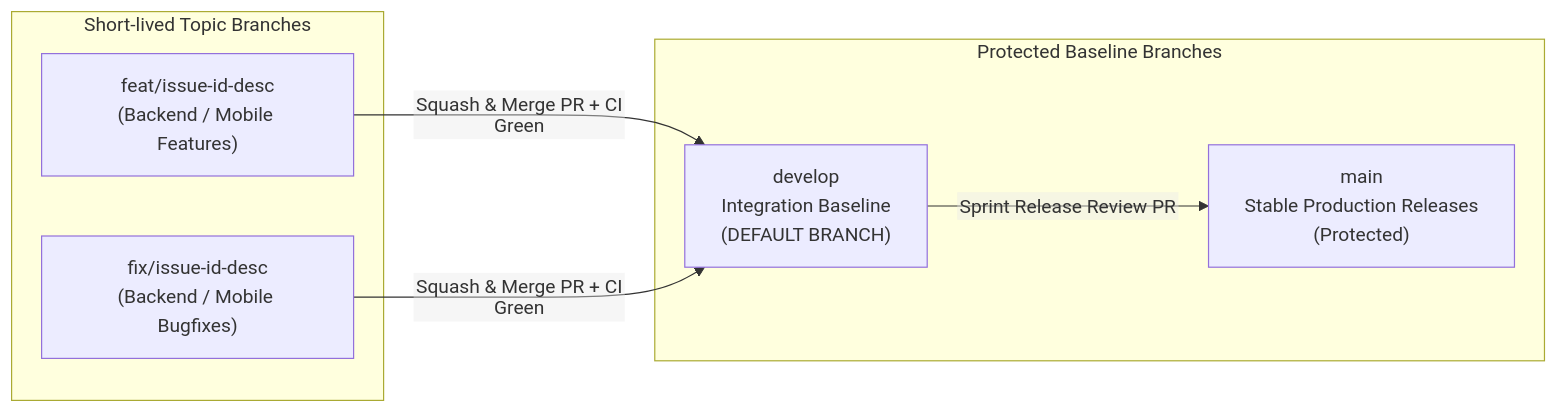
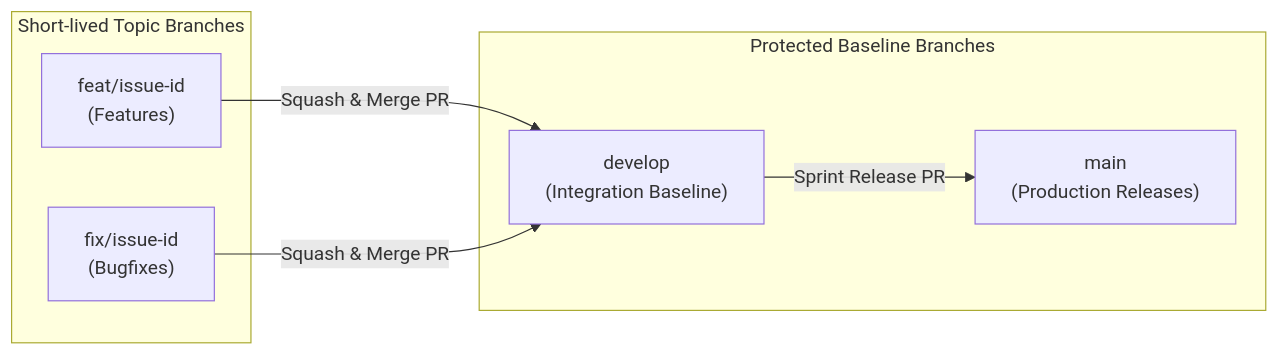
Before and after one commit to Varian08/smart-local-planner: the third of 3 diagrams in README.md, drawn with Mermaid. The commit also changed other lines of this file and 4 other files, not shown here.

Commit message:
docs: standardize enterprise architecture diagrams and decouple node details into structured markdown tables

````diff
--- a/README.md
+++ b/README.md
@@ -240,17 +252,16 @@
 ```mermaid
-%%{init: {'flowchart': {'htmlLabels': false}}}%%
 flowchart LR
     subgraph ProtectedBases ["Protected Baseline Branches"]
-        Main["main<br/>Stable Production Releases<br/>(Protected)"]
-        Develop["develop<br/>Integration Baseline<br/>(DEFAULT BRANCH)"]
+        Main["main<br/>(Production Releases)"]
+        Develop["develop<br/>(Integration Baseline)"]
     end
 
     subgraph FeatureBranches ["Short-lived Topic Branches"]
-        FeatBranch["feat/issue-id-desc<br/>(Backend / Mobile Features)"]
-        FixBranch["fix/issue-id-desc<br/>(Backend / Mobile Bugfixes)"]
+        FeatBranch["feat/issue-id<br/>(Features)"]
+        FixBranch["fix/issue-id<br/>(Bugfixes)"]
     end
 
-    FeatBranch -->|"Squash & Merge PR + CI Green"| Develop
-    FixBranch -->|"Squash & Merge PR + CI Green"| Develop
-    Develop -->|"Sprint Release Review PR"| Main
+    FeatBranch -->|"Squash & Merge PR"| Develop
+    FixBranch -->|"Squash & Merge PR"| Develop
+    Develop -->|"Sprint Release PR"| Main
 ```
````
